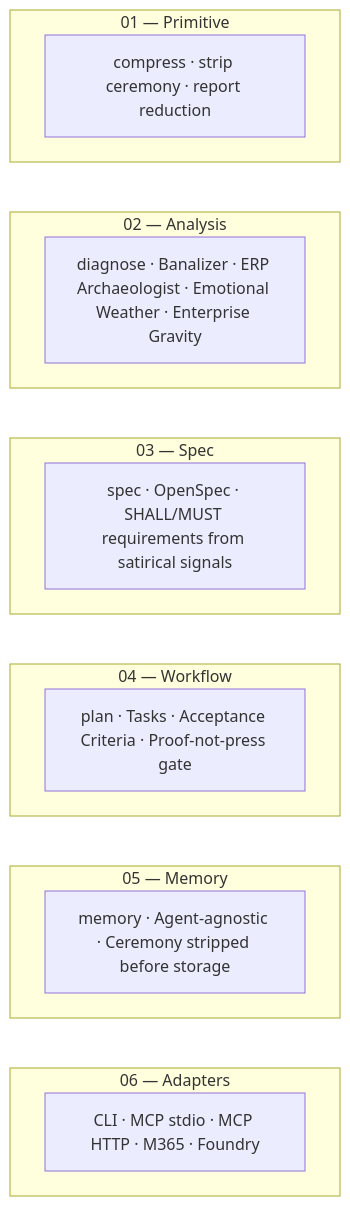
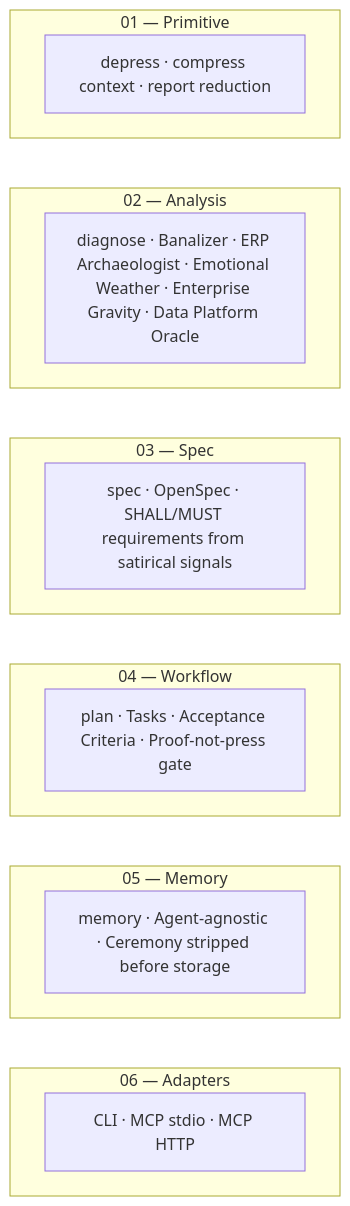
The second of 2 diagrams in README.md (epical-antti-syvanne/antti-stack), drawn with Mermaid before and after one commit. The commit also changed other lines of this file and 70 other files, not shown here.

````diff
--- a/README.md
+++ b/README.md
@@ -441,23 +444,23 @@
 ```mermaid
 graph TB
     subgraph s1["01 — Primitive"]
-        A[compress · strip ceremony · report reduction]
+        A[depress · compress context · report reduction]
     end
     subgraph s2["02 — Analysis"]
-        B[diagnose · Banalizer · ERP Archaeologist · Emotional Weather · Enterprise Gravity]
+        B[diagnose · Banalizer · ERP Archaeologist · Emotional Weather · Enterprise Gravity · Data Platform Oracle]
     end
     subgraph s3["03 — Spec"]
         C[spec · OpenSpec · SHALL/MUST requirements from satirical signals]
     end
     subgraph s4["04 — Workflow"]
         D[plan · Tasks · Acceptance Criteria · Proof-not-press gate]
     end
     subgraph s5["05 — Memory"]
         E[memory · Agent-agnostic · Ceremony stripped before storage]
     end
     subgraph s6["06 — Adapters"]
-        F[CLI · MCP stdio · MCP HTTP · M365 · Foundry]
+        F[CLI · MCP stdio · MCP HTTP]
     end
 
     A ~~~ B ~~~ C ~~~ D ~~~ E ~~~ F
 ```
````
